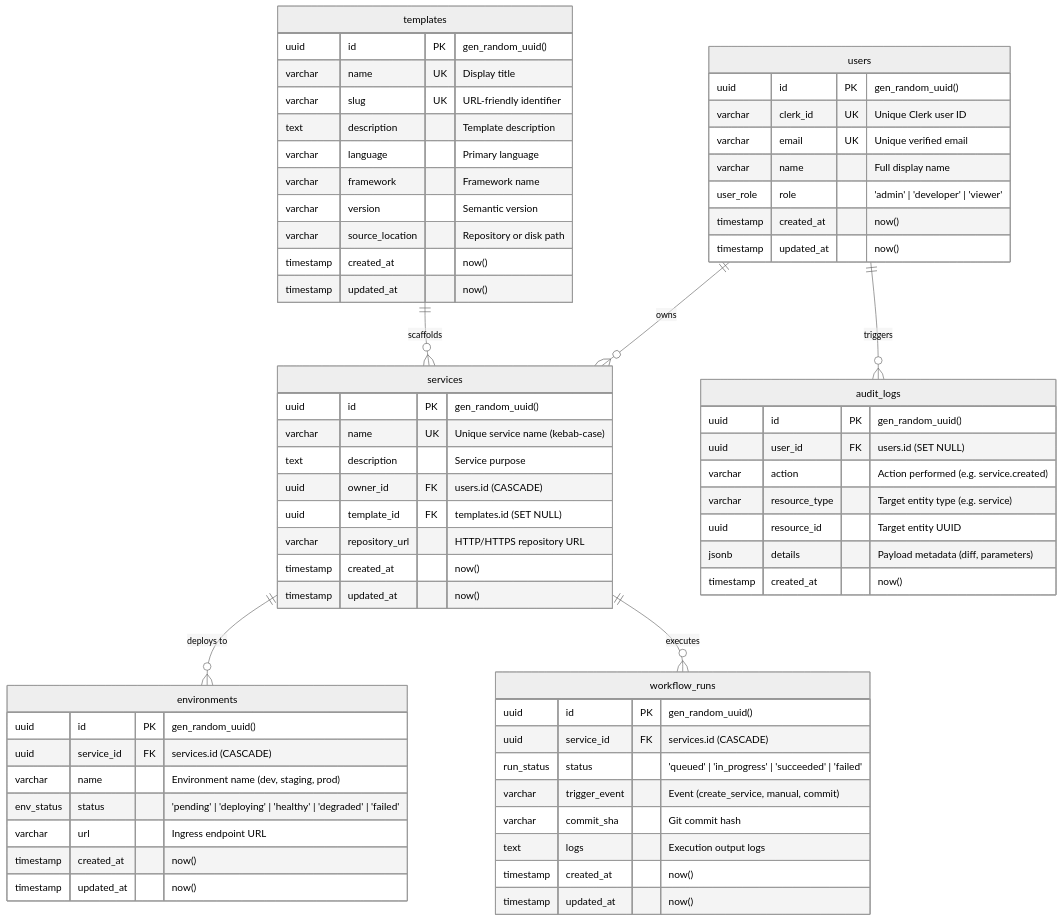
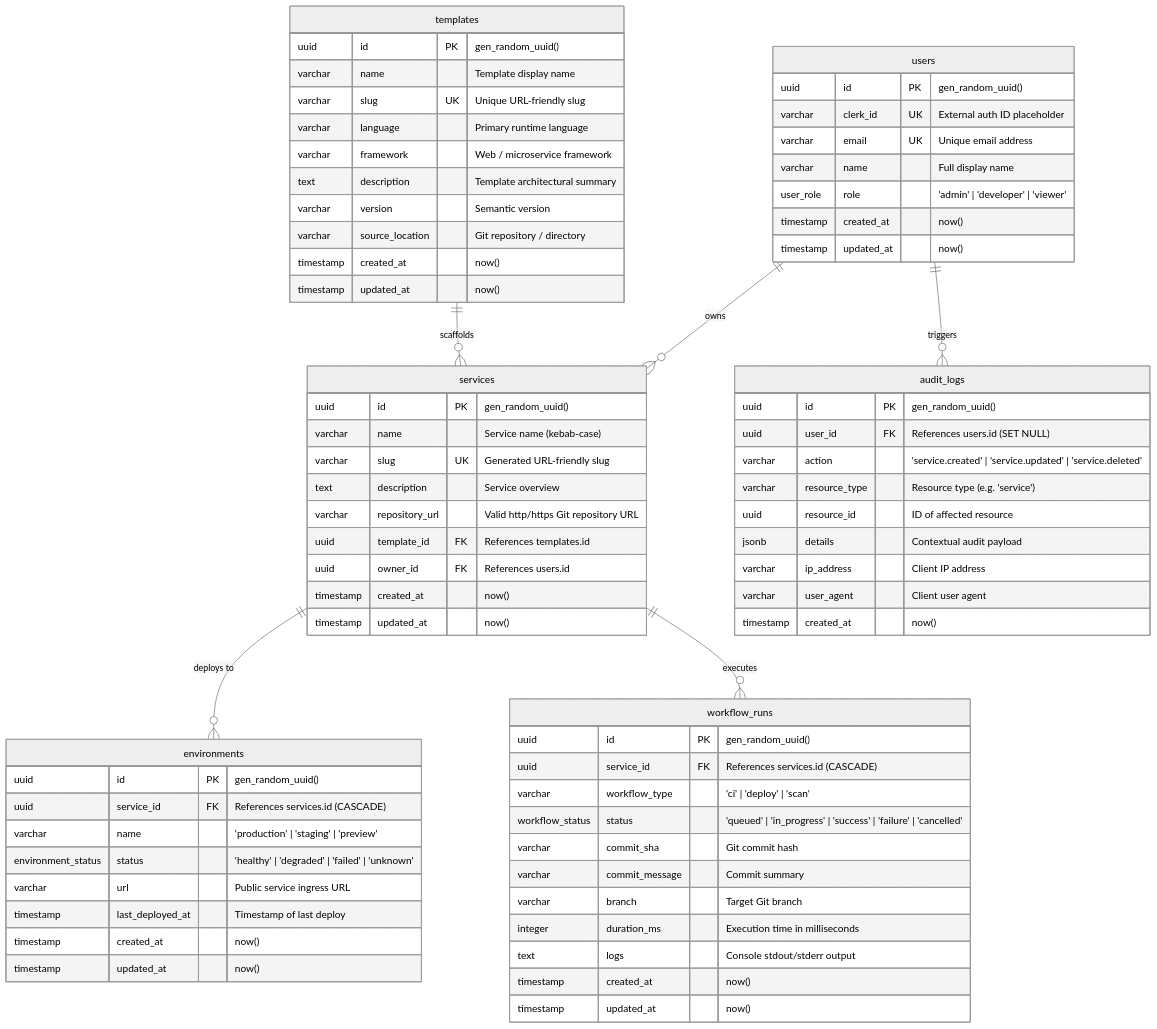
The diagram in docs/architecture.md (AdityaOP007/Forgeflow), drawn with Mermaid (neutral theme) before and after one commit. The commit also changed other lines of this file and 31 other files, not shown here.

````diff
--- a/docs/architecture.md
+++ b/docs/architecture.md
@@ -35,73 +46,80 @@
 ```mermaid
 erDiagram
     users ||--o{ services : "owns"
     users ||--o{ audit_logs : "triggers"
     templates ||--o{ services : "scaffolds"
     services ||--o{ environments : "deploys to"
     services ||--o{ workflow_runs : "executes"
 
     users {
         uuid id PK "gen_random_uuid()"
-        varchar clerk_id UK "Unique Clerk user ID"
-        varchar email UK "Unique verified email"
+        varchar clerk_id UK "External auth ID placeholder"
+        varchar email UK "Unique email address"
         varchar name "Full display name"
         user_role role "'admin' | 'developer' | 'viewer'"
         timestamp created_at "now()"
         timestamp updated_at "now()"
     }
 
     templates {
         uuid id PK "gen_random_uuid()"
-        varchar name UK "Display title"
-        varchar slug UK "URL-friendly identifier"
-        text description "Template description"
-        varchar language "Primary language"
-        varchar framework "Framework name"
+        varchar name "Template display name"
+        varchar slug UK "Unique URL-friendly slug"
+        varchar language "Primary runtime language"
+        varchar framework "Web / microservice framework"
+        text description "Template architectural summary"
         varchar version "Semantic version"
-        varchar source_location "Repository or disk path"
+        varchar source_location "Git repository / directory"
         timestamp created_at "now()"
         timestamp updated_at "now()"
     }
 
     services {
         uuid id PK "gen_random_uuid()"
-        varchar name UK "Unique service name (kebab-case)"
-        text description "Service purpose"
-        uuid owner_id FK "users.id (CASCADE)"
-        uuid template_id FK "templates.id (SET NULL)"
-        varchar repository_url "HTTP/HTTPS repository URL"
+        varchar name "Service name (kebab-case)"
+        varchar slug UK "Generated URL-friendly slug"
+        text description "Service overview"
+        varchar repository_url "Valid http/https Git repository URL"
+        uuid template_id FK "References templates.id"
+        uuid owner_id FK "References users.id"
         timestamp created_at "now()"
         timestamp updated_at "now()"
     }
 
     environments {
         uuid id PK "gen_random_uuid()"
-        uuid service_id FK "services.id (CASCADE)"
-        varchar name "Environment name (dev, staging, prod)"
-        env_status status "'pending' | 'deploying' | 'healthy' | 'degraded' | 'failed'"
-        varchar url "Ingress endpoint URL"
+        uuid service_id FK "References services.id (CASCADE)"
+        varchar name "'production' | 'staging' | 'preview'"
+        environment_status status "'healthy' | 'degraded' | 'failed' | 'unknown'"
+        varchar url "Public service ingress URL"
+        timestamp last_deployed_at "Timestamp of last deploy"
         timestamp created_at "now()"
         timestamp updated_at "now()"
     }
 
     workflow_runs {
         uuid id PK "gen_random_uuid()"
-        uuid service_id FK "services.id (CASCADE)"
-        run_status status "'queued' | 'in_progress' | 'succeeded' | 'failed'"
-        varchar trigger_event "Event (create_service, manual, commit)"
+        uuid service_id FK "References services.id (CASCADE)"
+        varchar workflow_type "'ci' | 'deploy' | 'scan'"
+        workflow_status status "'queued' | 'in_progress' | 'success' | 'failure' | 'cancelled'"
         varchar commit_sha "Git commit hash"
-        text logs "Execution output logs"
+        varchar commit_message "Commit summary"
+        varchar branch "Target Git branch"
+        integer duration_ms "Execution time in milliseconds"
+        text logs "Console stdout/stderr output"
         timestamp created_at "now()"
         timestamp updated_at "now()"
     }
 
     audit_logs {
         uuid id PK "gen_random_uuid()"
-        uuid user_id FK "users.id (SET NULL)"
-        varchar action "Action performed (e.g. service.created)"
-        varchar resource_type "Target entity type (e.g. service)"
-        uuid resource_id "Target entity UUID"
-        jsonb details "Payload metadata (diff, parameters)"
+        uuid user_id FK "References users.id (SET NULL)"
+        varchar action "'service.created' | 'service.updated' | 'service.deleted'"
+        varchar resource_type "Resource type (e.g. 'service')"
+        uuid resource_id "ID of affected resource"
+        jsonb details "Contextual audit payload"
+        varchar ip_address "Client IP address"
+        varchar user_agent "Client user agent"
         timestamp created_at "now()"
     }
 ```
````
